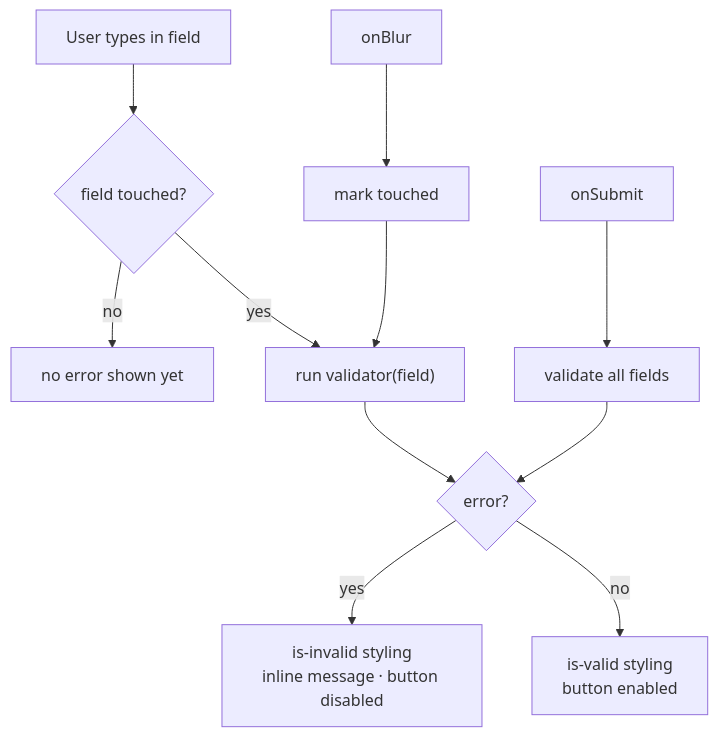
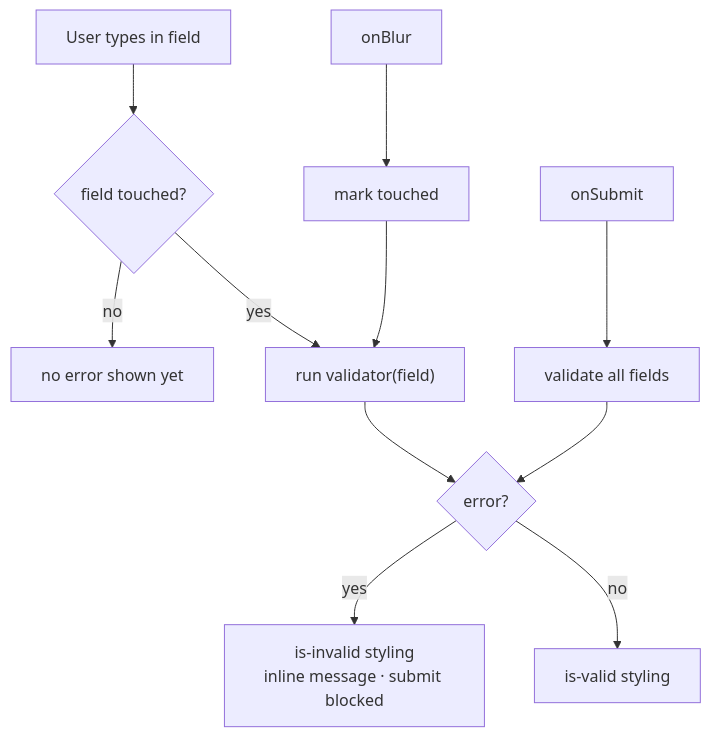
The seventh of 11 diagrams in README.md (RohitChintalapudi/BrandForge_Frontend), drawn with Mermaid before and after one commit. The commit also changed other lines of this file, not shown here.

````diff
--- a/README.md
+++ b/README.md
@@ -471,11 +482,11 @@
 ```mermaid
 flowchart TD
     IN["User types in field"] --> CH{"field touched?"}
     CH -- "no" --> OK["no error shown yet"]
     CH -- "yes" --> V["run validator(field)"]
     V --> E{"error?"}
-    E -- "yes" --> RED["is-invalid styling<br/>inline message · button disabled"]
-    E -- "no" --> GRN["is-valid styling<br/>button enabled"]
+    E -- "yes" --> RED["is-invalid styling<br/>inline message · submit blocked"]
+    E -- "no" --> GRN["is-valid styling"]
     BLUR["onBlur"] --> T["mark touched"] --> V
     SUB["onSubmit"] --> A["validate all fields"] --> E
 ```
````
